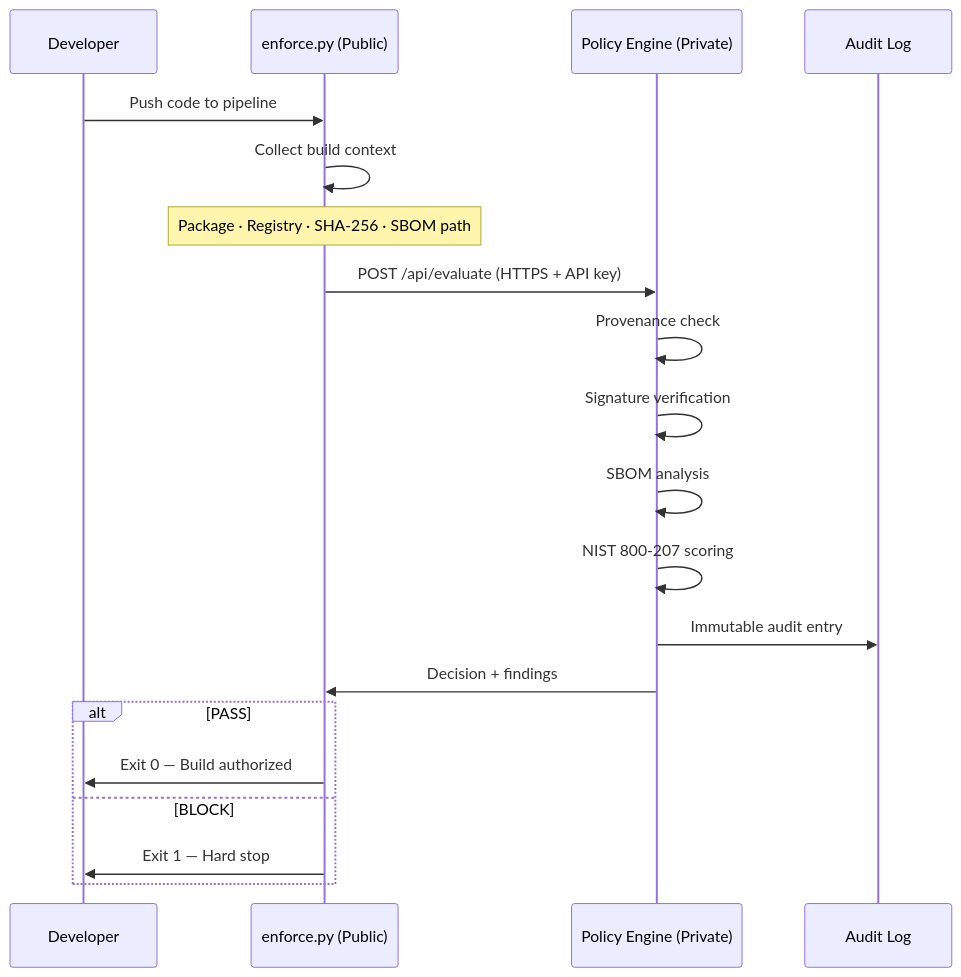
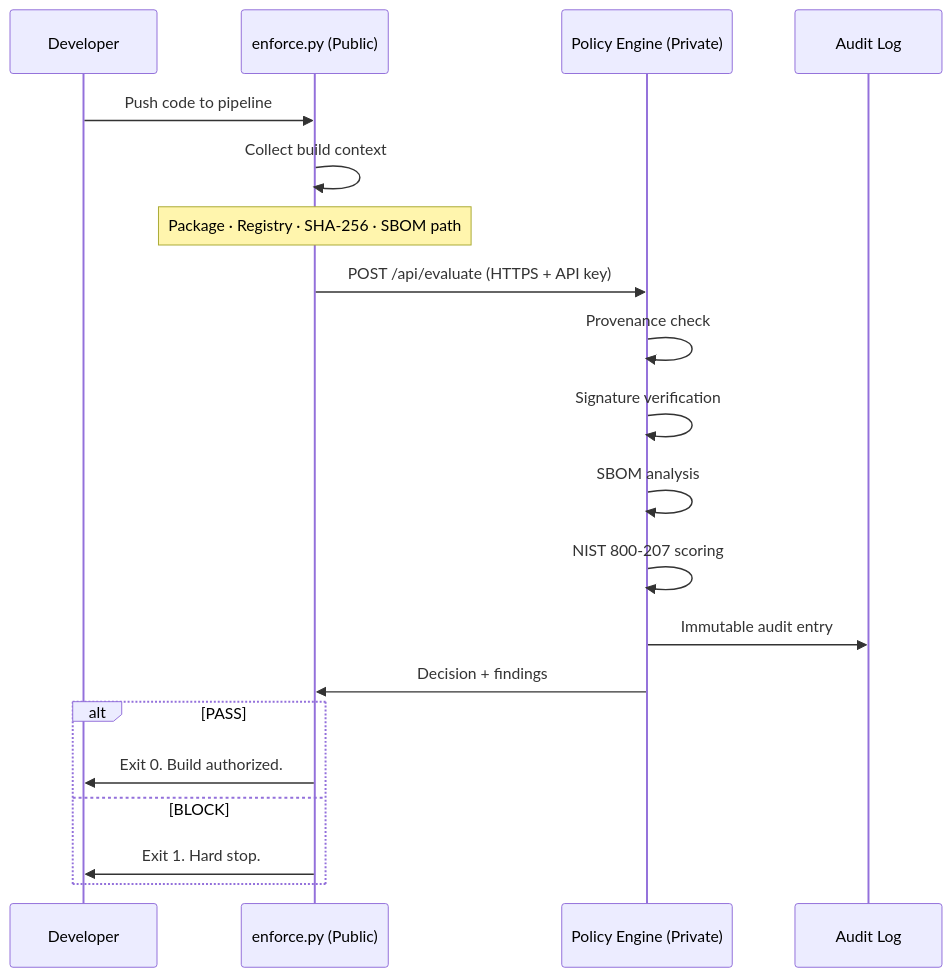
One commit to saisravan909/nodearmor changed the fourth of 4 diagrams in README.md. Above: the diagram before and after it, drawn with Mermaid. The commit also changed other lines of this file, not shown here.

````diff
--- a/README.md
+++ b/README.md
@@ -464,23 +464,23 @@
 ```mermaid
 sequenceDiagram
     participant DEV as Developer
     participant CLIENT as enforce.py (Public)
     participant ENGINE as Policy Engine (Private)
     participant LOG as Audit Log
 
     DEV->>CLIENT: Push code to pipeline
     CLIENT->>CLIENT: Collect build context
     Note over CLIENT: Package · Registry · SHA-256 · SBOM path
     CLIENT->>ENGINE: POST /api/evaluate (HTTPS + API key)
     ENGINE->>ENGINE: Provenance check
     ENGINE->>ENGINE: Signature verification
     ENGINE->>ENGINE: SBOM analysis
     ENGINE->>ENGINE: NIST 800-207 scoring
     ENGINE->>LOG: Immutable audit entry
     ENGINE->>CLIENT: Decision + findings
     alt PASS
-        CLIENT->>DEV: Exit 0 — Build authorized
+        CLIENT->>DEV: Exit 0. Build authorized.
     else BLOCK
-        CLIENT->>DEV: Exit 1 — Hard stop
+        CLIENT->>DEV: Exit 1. Hard stop.
     end
 ```
````
